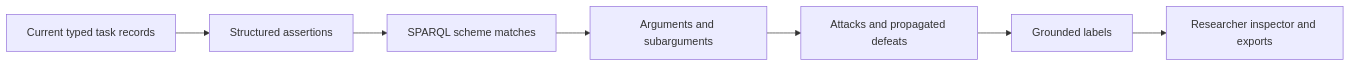
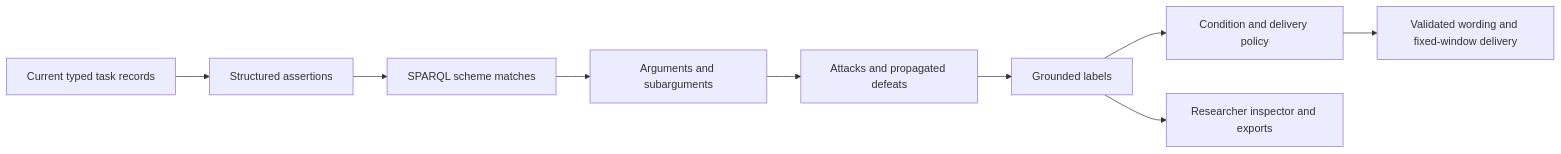
One commit to mlnores/MaiEUSIS changed the diagram in docs/graph_argumentation.md. Above: the diagram before and after it, drawn with Mermaid. The commit also changed other lines of this file and 35 other files, not shown here.

Commit message:
Made graph argumentation the sole source of intervention reasons and objections.

````diff
--- a/docs/graph_argumentation.md
+++ b/docs/graph_argumentation.md
@@ -23,9 +27,11 @@
 ```mermaid
 flowchart LR
   R[Current typed task records] --> C[Structured assertions]
   C --> Q[SPARQL scheme matches]
   Q --> A[Arguments and subarguments]
   A --> D[Attacks and propagated defeats]
   D --> L[Grounded labels]
+  L --> P[Condition and delivery policy]
+  P --> W[Validated wording and fixed-window delivery]
   L --> I[Researcher inspector and exports]
 ```
````
